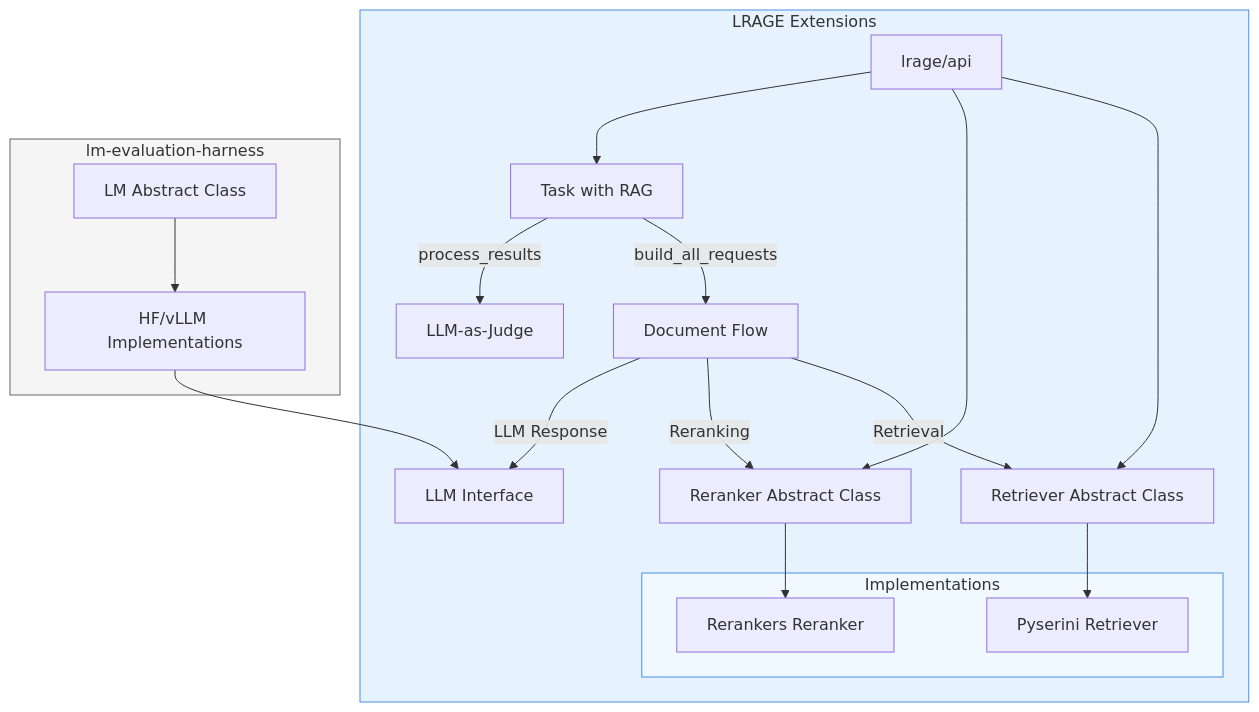
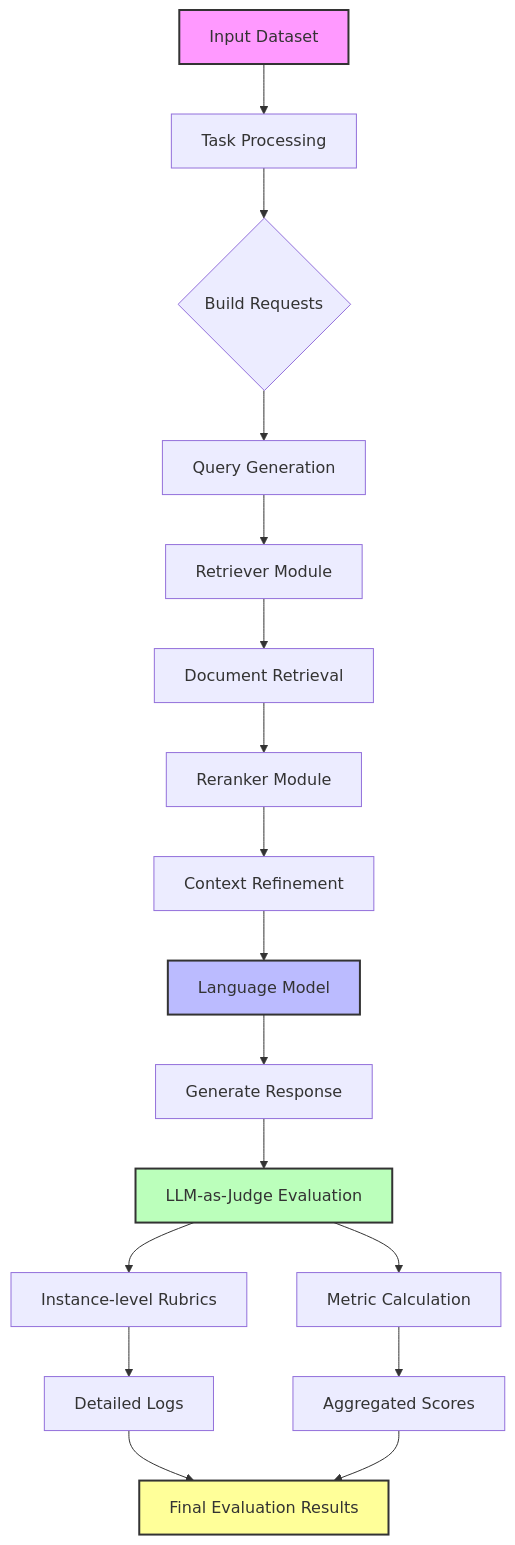
One commit to hoorangyee/LRAGE changed the diagram in README.md. Above: the diagram before and after it, drawn with Mermaid.

Commit message:
Update System Diagram in README.md

````diff
--- a/README.md
+++ b/README.md
@@ -28,41 +28,30 @@
 ```mermaid
-graph TB
-    subgraph LRAGE ["LRAGE Extensions"]
-        API[lrage/api]
-        RT[Retriever Abstract Class]
-        RR[Reranker Abstract Class]
-        TR[Task with RAG]
-        LJ[LLM-as-Judge]
-        
-        subgraph Implementations
-            PR[Pyserini Retriever]
-            RER[Rerankers Reranker]
-        end
-        
-        API --> RT
-        API --> RR
-        API --> TR
-        
-        RT --> PR
-        RR --> RER
-        
-        TR --> |build_all_requests| FLOW[Document Flow]
-        FLOW --> | Retrieval| RT
-        FLOW --> | Reranking| RR
-        FLOW --> | LLM Response| LLM
-        
-        TR --> |process_results| LJ
-    end
+graph TD
+    A[Input Dataset] --> B[Task Processing]
+    B --> C{Build Requests}
     
-    subgraph lm-evaluation-harness
-        LM[LM Abstract Class]
-        IMPL[HF/vLLM Implementations]
-        
-        LM --> IMPL
-        IMPL --> LLM[LLM Interface]
-    end
+    C --> D[Query Generation]
+    D --> E[Retriever Module]
+    E --> F[Document Retrieval]
     
-    style LRAGE fill:#e6f3ff,stroke:#4a90e2
-    style lm-evaluation-harness fill:#f5f5f5,stroke:#666
-    style Implementations fill:#f0f9ff,stroke:#4a90e2
+    F --> G[Reranker Module]
+    G --> H[Context Refinement]
+    
+    H --> J[Language Model]
+    J --> K[Generate Response]
+    
+    K --> L[LLM-as-Judge Evaluation]
+    L --> M[Instance-level Rubrics]
+    L --> N[Metric Calculation]
+    
+    M --> O[Detailed Logs]
+    N --> P[Aggregated Scores]
+    
+    O --> Q[Final Evaluation Results]
+    P --> Q
+    
+    style A fill:#f9f,stroke:#333,stroke-width:2px
+    style J fill:#bbf,stroke:#333,stroke-width:2px
+    style L fill:#bfb,stroke:#333,stroke-width:2px
+    style Q fill:#ff9,stroke:#333,stroke-width:2px
 ```
````
